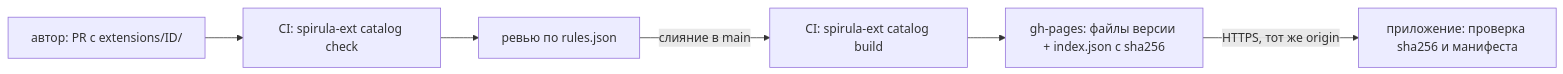
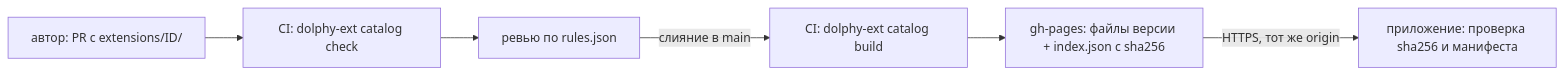
Before and after one commit to dolphy-app/dolphy: the second of 2 diagrams in docs/design/extensions.md, drawn with Mermaid. The commit also changed other lines of this file and 653 other files, not shown here.

Commit message:
refactor: rename spirula to dolphy

````diff
--- a/docs/design/extensions.md
+++ b/docs/design/extensions.md
@@ -552,8 +552,8 @@
 ```mermaid
 flowchart LR
-  A[автор: PR с extensions/ID/] --> B[CI: spirula-ext catalog check]
+  A[автор: PR с extensions/ID/] --> B[CI: dolphy-ext catalog check]
   B --> C[ревью по rules.json]
-  C -->|слияние в main| D[CI: spirula-ext catalog build]
+  C -->|слияние в main| D[CI: dolphy-ext catalog build]
   D --> E[gh-pages: файлы версии + index.json с sha256]
   E -->|HTTPS, тот же origin| F[приложение: проверка sha256 и манифеста]
 ```
````
